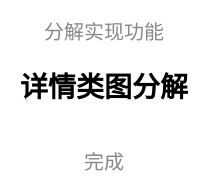
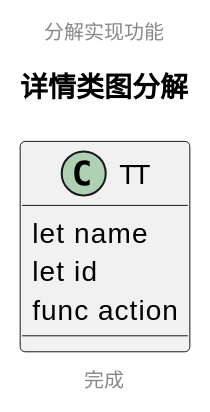
One commit to huos3203/blog changed the diagram in source/_drafts/详情类分解.md. Above: the diagram before and after it, drawn with PlantUML. The commit also changed other lines of this file and 4 other files, not shown here.

````diff
--- a/source/_drafts/详情类分解.md
+++ b/source/_drafts/详情类分解.md
@@ -11,11 +11,16 @@
 ```puml
 title 详情类图分解
 center header
 分解实现功能
 endheader
+class TT{
+    let name
+    let id
+    func action
 
+}
 
 center footer
 完成
 endfooter
 ```
````
